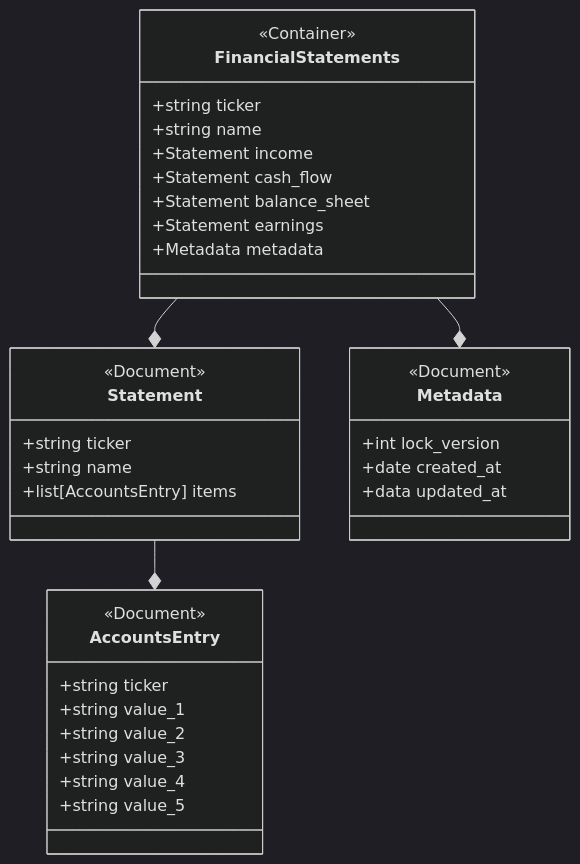
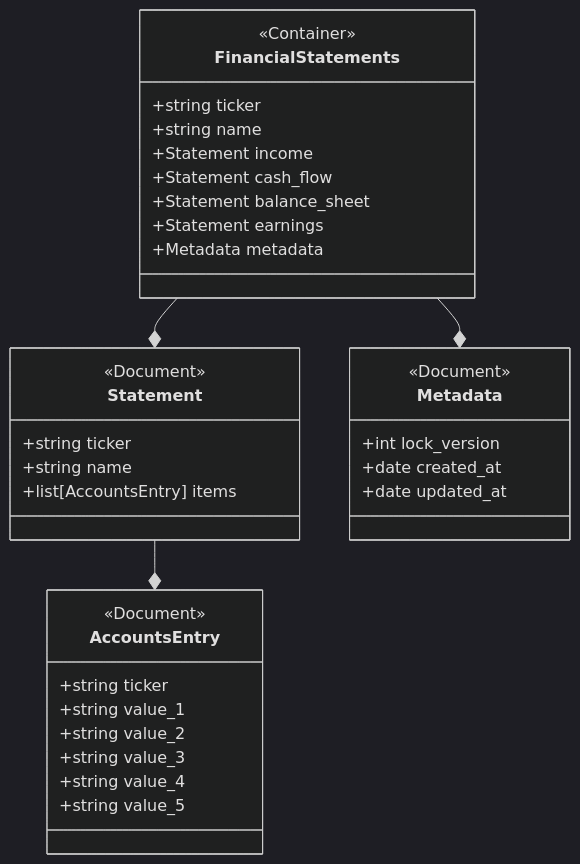
One commit to dooley-ch/common_stocks changed the sixth of 8 diagrams in design/database.md. Above: the diagram before and after it, drawn with Mermaid (dark theme). The commit also changed other lines of this file and 5 other files, not shown here.

````diff
--- a/design/database.md
+++ b/design/database.md
@@ -215,41 +215,41 @@
 ```mermaid
 classDiagram
     FinancialStatements --* Statement
     FinancialStatements --* Metadata
     Statement --* AccountsEntry
     
     class Metadata {
         <<Document>>
         +int lock_version
         +date created_at
-        +data updated_at
+        +date updated_at
     }
     
     class AccountsEntry {
         <<Document>>
         +string ticker
         +string value_1
         +string value_2
         +string value_3
         +string value_4
         +string value_5
     }
     
     class Statement {
         <<Document>>
         +string ticker
         +string name
         +list[AccountsEntry] items
     }
     
     class FinancialStatements {
         <<Container>>
         +string ticker
         +string name
         +Statement income
         +Statement cash_flow
         +Statement balance_sheet
         +Statement earnings
         +Metadata metadata    
     }
 ```
````
